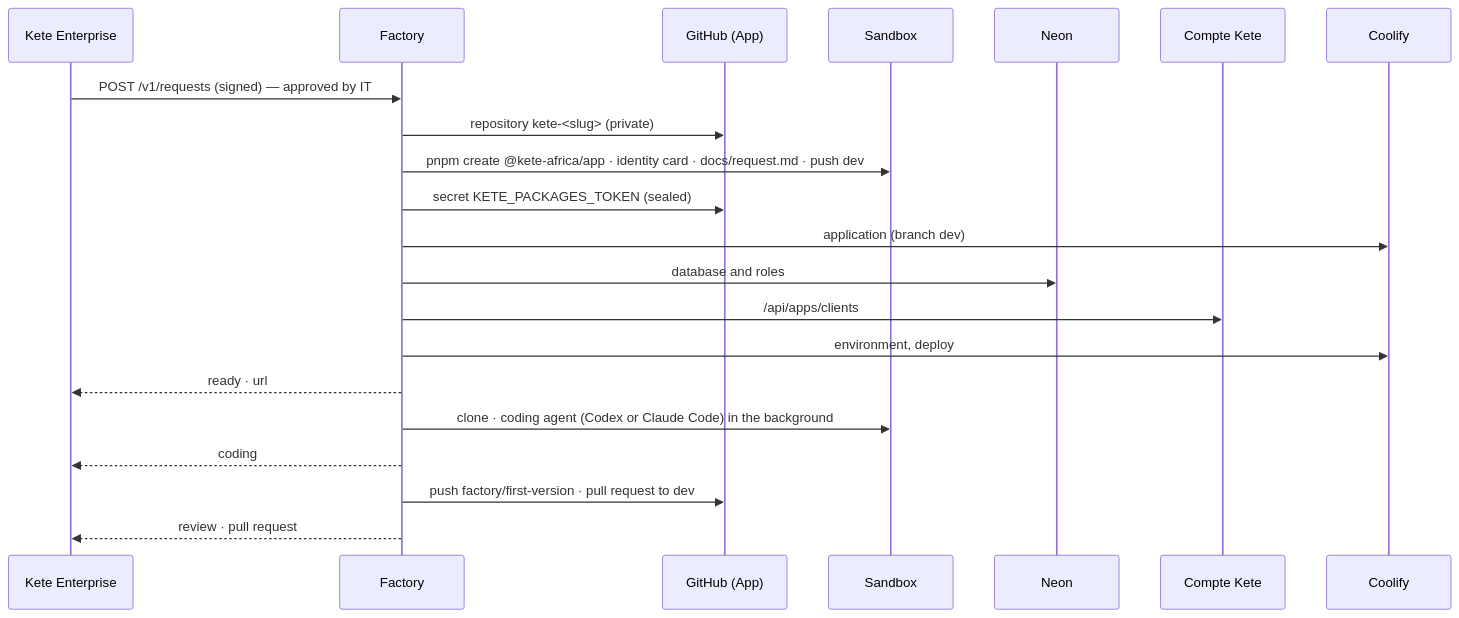
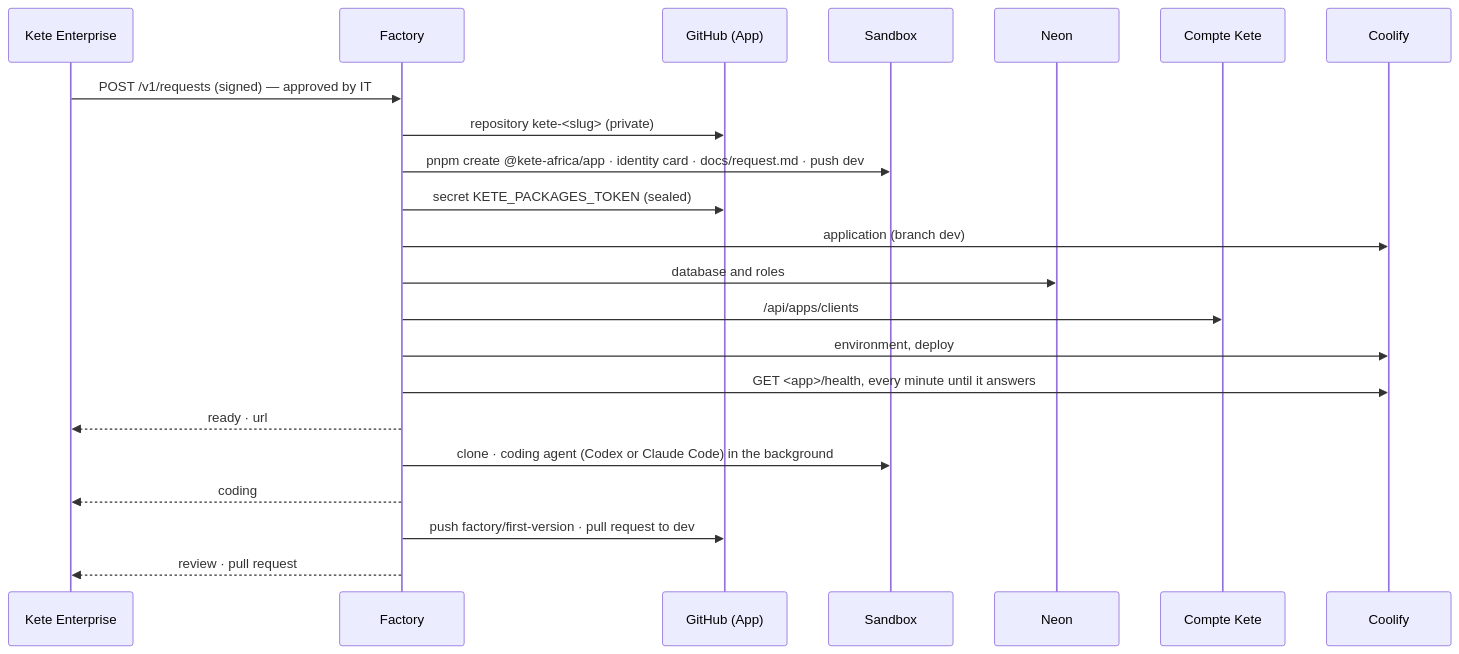
Before and after one commit to kete-africa/kete-core: the diagram in apps/factory/README.md, drawn with Mermaid. The commit also changed 8 other files, not shown here.

Commit message:
feat(factory): an app is ready only once it answers at its address

````diff
--- a/apps/factory/README.md
+++ b/apps/factory/README.md
@@ -8,23 +8,24 @@
 ```mermaid
 sequenceDiagram
   participant E as Kete Enterprise
   participant F as Factory
   participant G as GitHub (App)
   participant S as Sandbox
   participant N as Neon
   participant K as Compte Kete
   participant C as Coolify
   E->>F: POST /v1/requests (signed) — approved by IT
   F->>G: repository kete-<slug> (private)
   F->>S: pnpm create @kete-africa/app · identity card · docs/request.md · push dev
   F->>G: secret KETE_PACKAGES_TOKEN (sealed)
   F->>C: application (branch dev)
   F->>N: database and roles
   F->>K: /api/apps/clients
   F->>C: environment, deploy
+  F->>C: GET <app>/health, every minute until it answers
   F-->>E: ready · url
   F->>S: clone · coding agent (Codex or Claude Code) in the background
   F-->>E: coding
   F->>G: push factory/first-version · pull request to dev
   F-->>E: review · pull request
 ```
````
